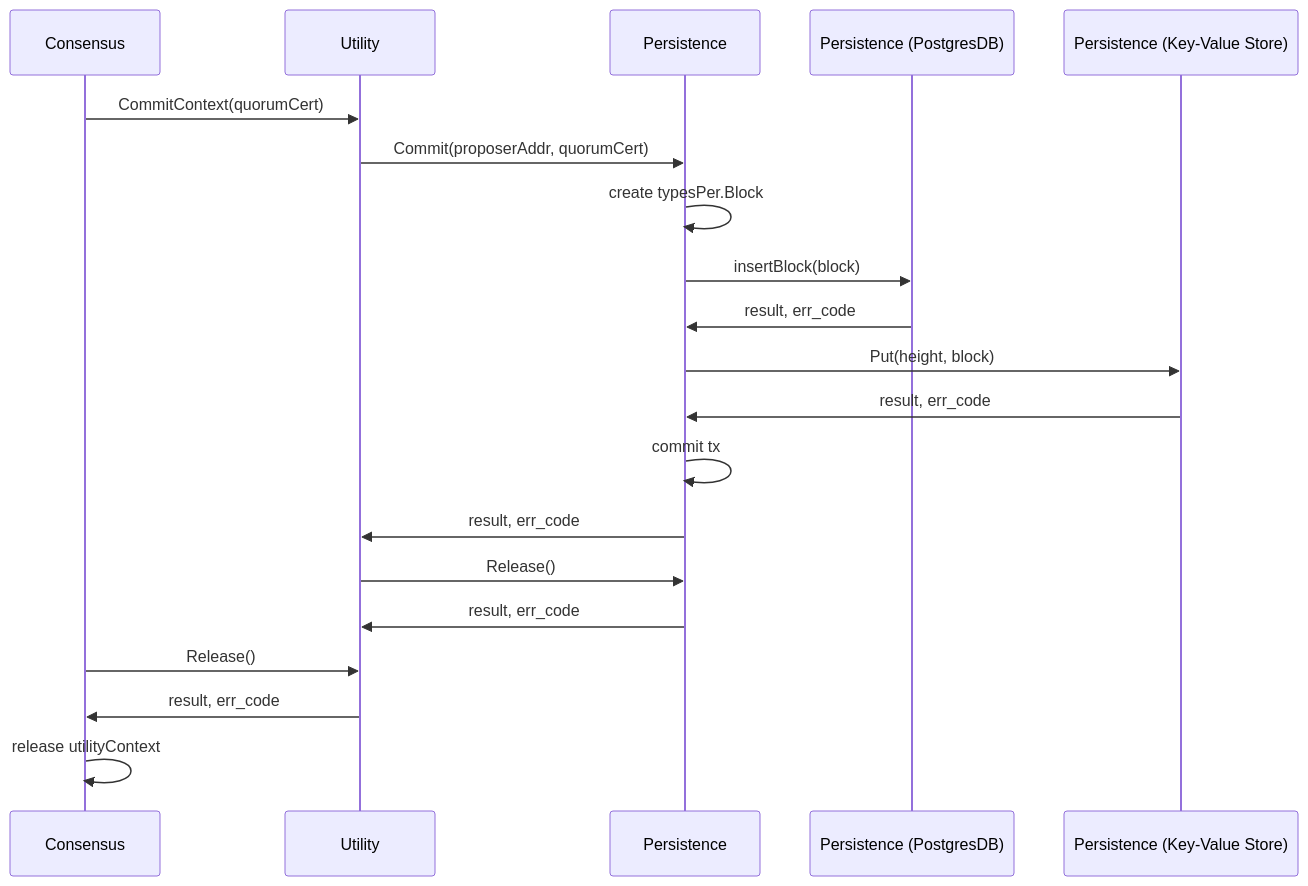
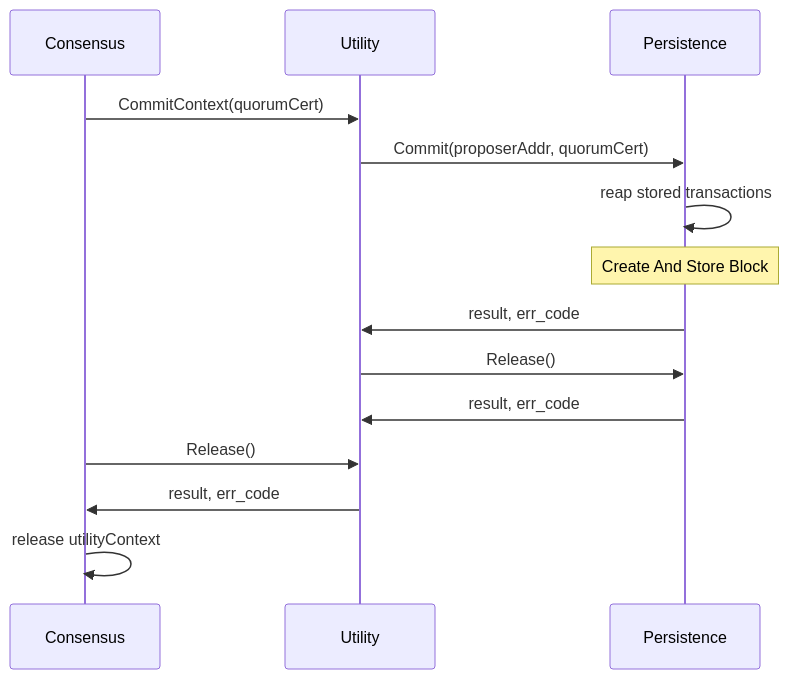
The third of 3 diagrams in shared/docs/flows/AppHash.md (pokt-network/pocket), drawn with Mermaid before and after one commit. The commit also changed other lines of this file and 1 other file, not shown here.

Commit message:
Split and update the sequence diagrams

````diff
--- a/shared/docs/flows/AppHash.md
+++ b/shared/docs/flows/AppHash.md
@@ -85,23 +73,18 @@
 ```mermaid
 sequenceDiagram
     %% autonumber
     participant C as Consensus
     participant U as Utility
     participant P as Persistence
-    participant PP as Persistence (PostgresDB)
-    participant PK as Persistence (Key-Value Store)
+
     C->>U: CommitContext(quorumCert)
     U->>P: Commit(proposerAddr, quorumCert)
-    P->>P: create typesPer.Block
-    P->>PP: insertBlock(block)
-    PP->>P: result, err_code
-    P->>PK: Put(height, block)
-    PK->>P: result, err_code
-    P->>P: commit tx
+    P->>P: reap stored transactions
+    Note over P: Create And Store Block
     P->>U: result, err_code
     U->>P: Release()
     P->>U: result, err_code
     C->>U: Release()
     U->>C: result, err_code
     C->>C: release utilityContext
 ```
````
